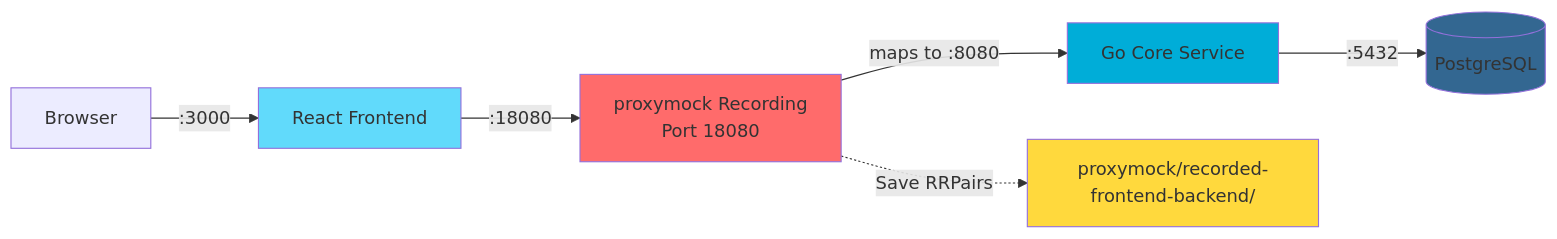
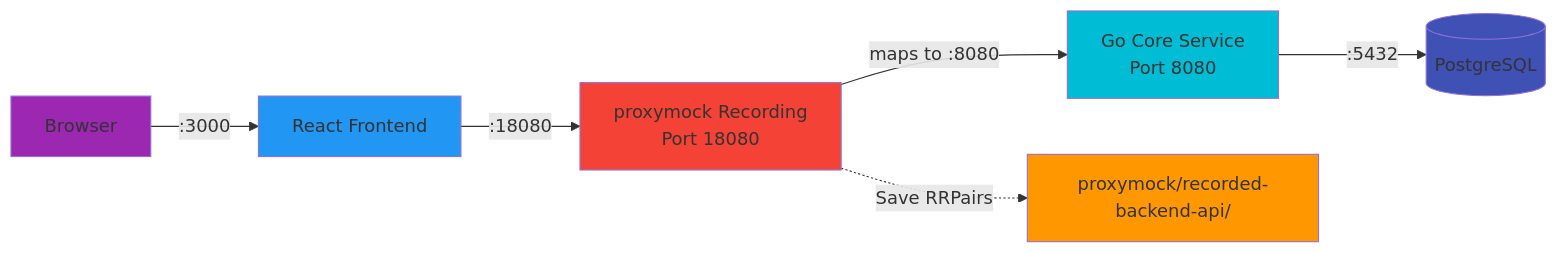
Before and after one commit to kenahrens/crm-demo: the first of 4 diagrams in proxymock/instructions.md, drawn with Mermaid. The commit also changed other lines of this file and 1 other file, not shown here.

````diff
--- a/proxymock/instructions.md
+++ b/proxymock/instructions.md
@@ -39,15 +33,16 @@
 ```mermaid
 graph LR
     Browser[Browser] -->|:3000| Frontend[React Frontend]
     Frontend -->|:18080| PMRec[proxymock Recording<br/>Port 18080]
-    PMRec -->|maps to :8080| CoreService[Go Core Service]
+    PMRec -->|maps to :8080| CoreService[Go Core Service<br/>Port 8080]
     CoreService -->|:5432| Postgres[(PostgreSQL)]
 
-    PMRec -.->|Save RRPairs| MockFiles[proxymock/recorded-frontend-backend/]
+    PMRec -.->|Save RRPairs| RecordedFiles[proxymock/recorded-backend-api/]
 
-    style Frontend fill:#61dafb
-    style PMRec fill:#ff6b6b
-    style CoreService fill:#00add8
-    style Postgres fill:#336791
-    style MockFiles fill:#ffd93d
+    style Browser fill:#9C27B0
+    style Frontend fill:#2196F3
+    style PMRec fill:#F44336
+    style CoreService fill:#00BCD4
+    style Postgres fill:#3F51B5
+    style RecordedFiles fill:#FF9800
 ```
````
